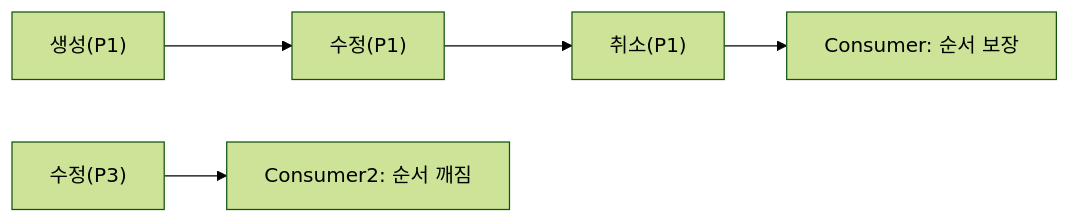
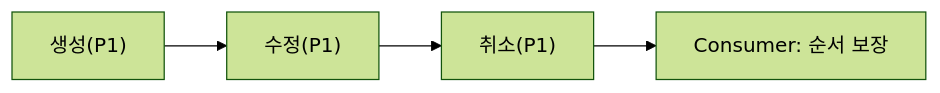
Before and after one commit to yjkim2015/yjkim2015.github.io: the sixth of 16 diagrams in _posts/kafka/2026-05-01-kafka-extreme-scenarios.md, drawn with Mermaid (forest theme). The commit also changed other lines of this file and 132 other files, not shown here.

First line of the commit message:
Mermaid 다이어그램 가독성 정리: 단순 제거, 노드 축소, TD→LR 변환

````diff
--- a/_posts/kafka/2026-05-01-kafka-extreme-scenarios.md
+++ b/_posts/kafka/2026-05-01-kafka-extreme-scenarios.md
@@ -218,6 +210,5 @@
 ```mermaid
 graph LR
     B1["생성(P1)"] --> B2["수정(P1)"] --> B3["취소(P1)"]
     B3 --> B4["Consumer: 순서 보장"]
-    A2["수정(P3)"] --> A5["Consumer2: 순서 깨짐"]
 ```
````
